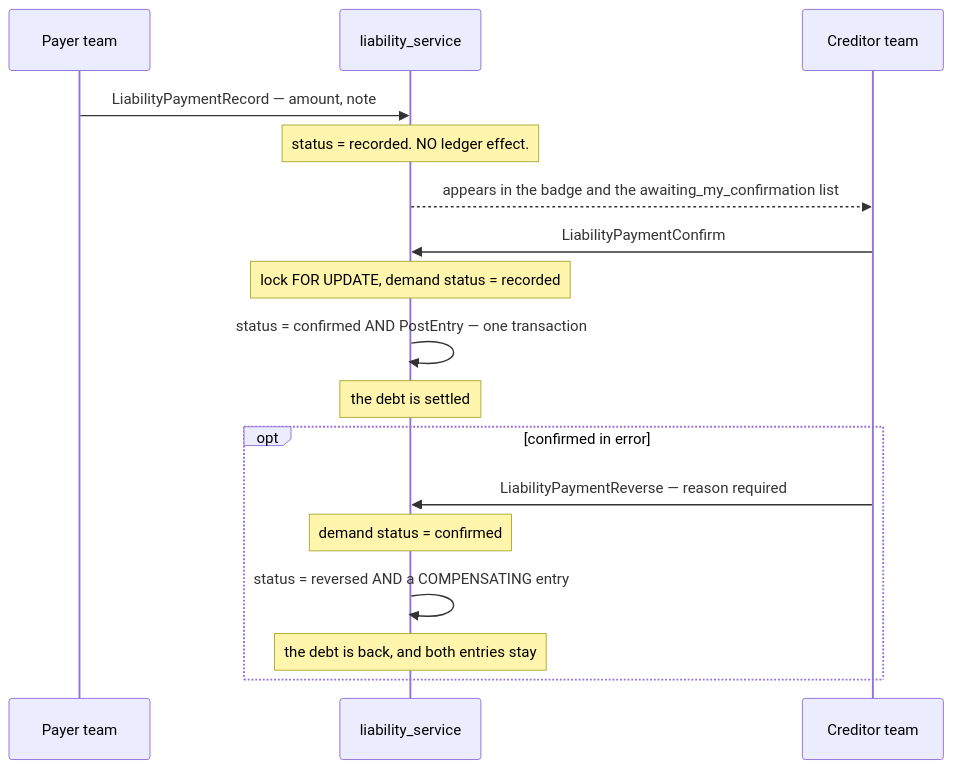
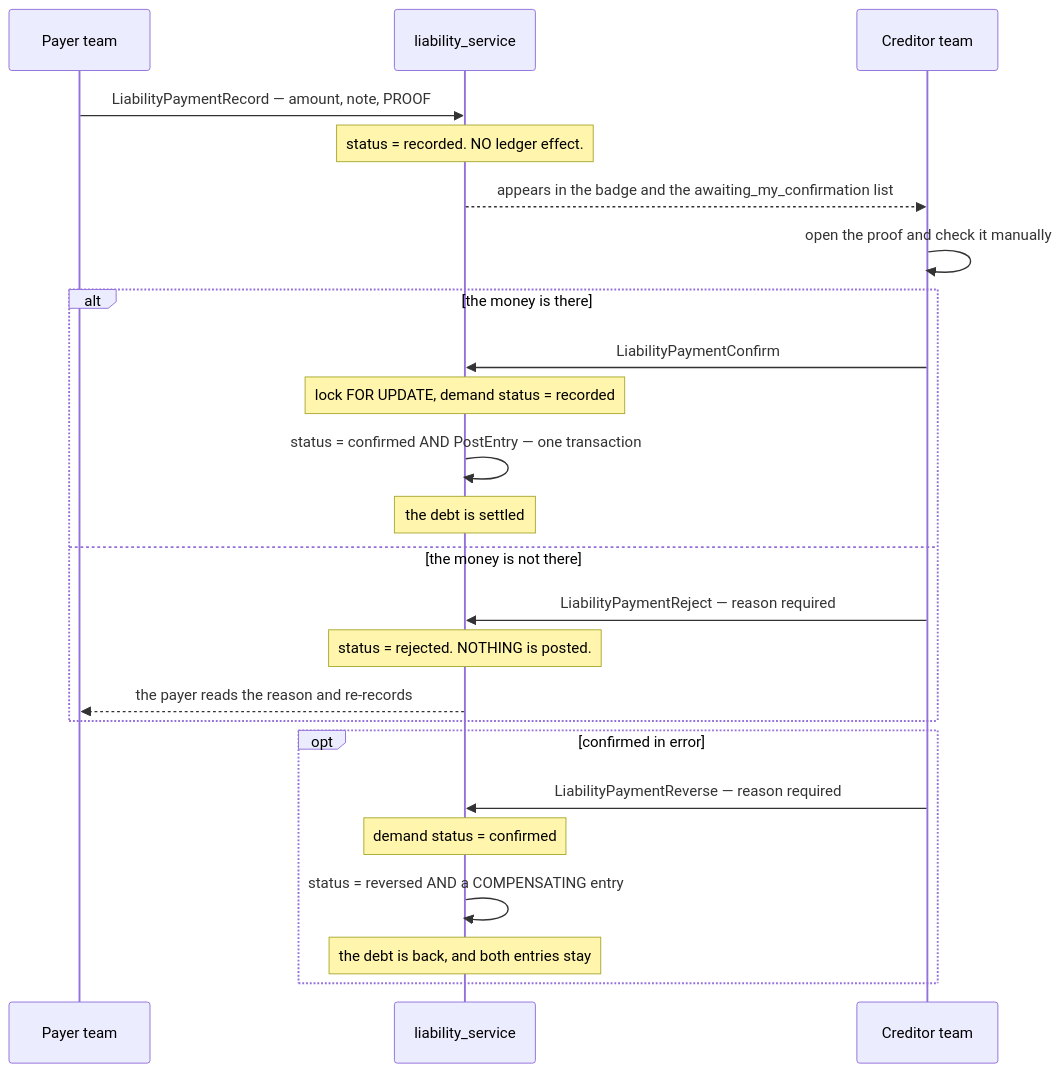
The sixth of 6 diagrams in docs/services/liability_service/rpc.md (pdcgo/warehouse_revamp), drawn with Mermaid before and after one commit. The commit also changed other lines of this file and 12 other files, not shown here.

````diff
--- a/docs/services/liability_service/rpc.md
+++ b/docs/services/liability_service/rpc.md
@@ -423,22 +429,30 @@
 ```mermaid
 sequenceDiagram
     participant P as Payer team
     participant S as liability_service
     participant C as Creditor team
 
-    P->>S: LiabilityPaymentRecord — amount, note
+    P->>S: LiabilityPaymentRecord — amount, note, PROOF
     Note over S: status = recorded. NO ledger effect.
     S-->>C: appears in the badge and the awaiting_my_confirmation list
 
-    C->>S: LiabilityPaymentConfirm
-    Note over S: lock FOR UPDATE, demand status = recorded
-    S->>S: status = confirmed AND PostEntry — one transaction
-    Note over S: the debt is settled
+    C->>C: open the proof and check it manually
+
+    alt the money is there
+        C->>S: LiabilityPaymentConfirm
+        Note over S: lock FOR UPDATE, demand status = recorded
+        S->>S: status = confirmed AND PostEntry — one transaction
+        Note over S: the debt is settled
+    else the money is not there
+        C->>S: LiabilityPaymentReject — reason required
+        Note over S: status = rejected. NOTHING is posted.
+        S-->>P: the payer reads the reason and re-records
+    end
 
     opt confirmed in error
         C->>S: LiabilityPaymentReverse — reason required
         Note over S: demand status = confirmed
         S->>S: status = reversed AND a COMPENSATING entry
         Note over S: the debt is back, and both entries stay
     end
 ```
````
